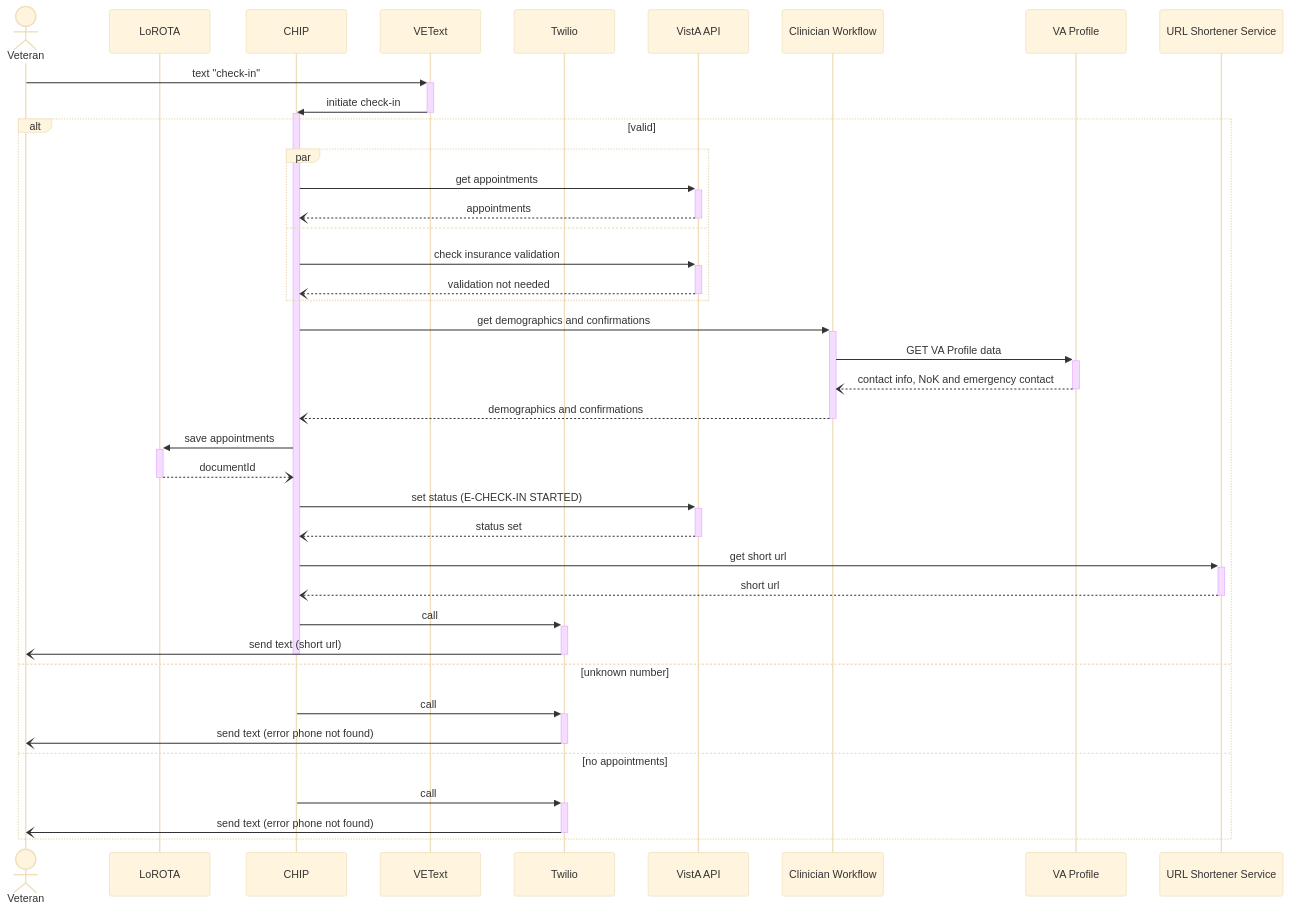
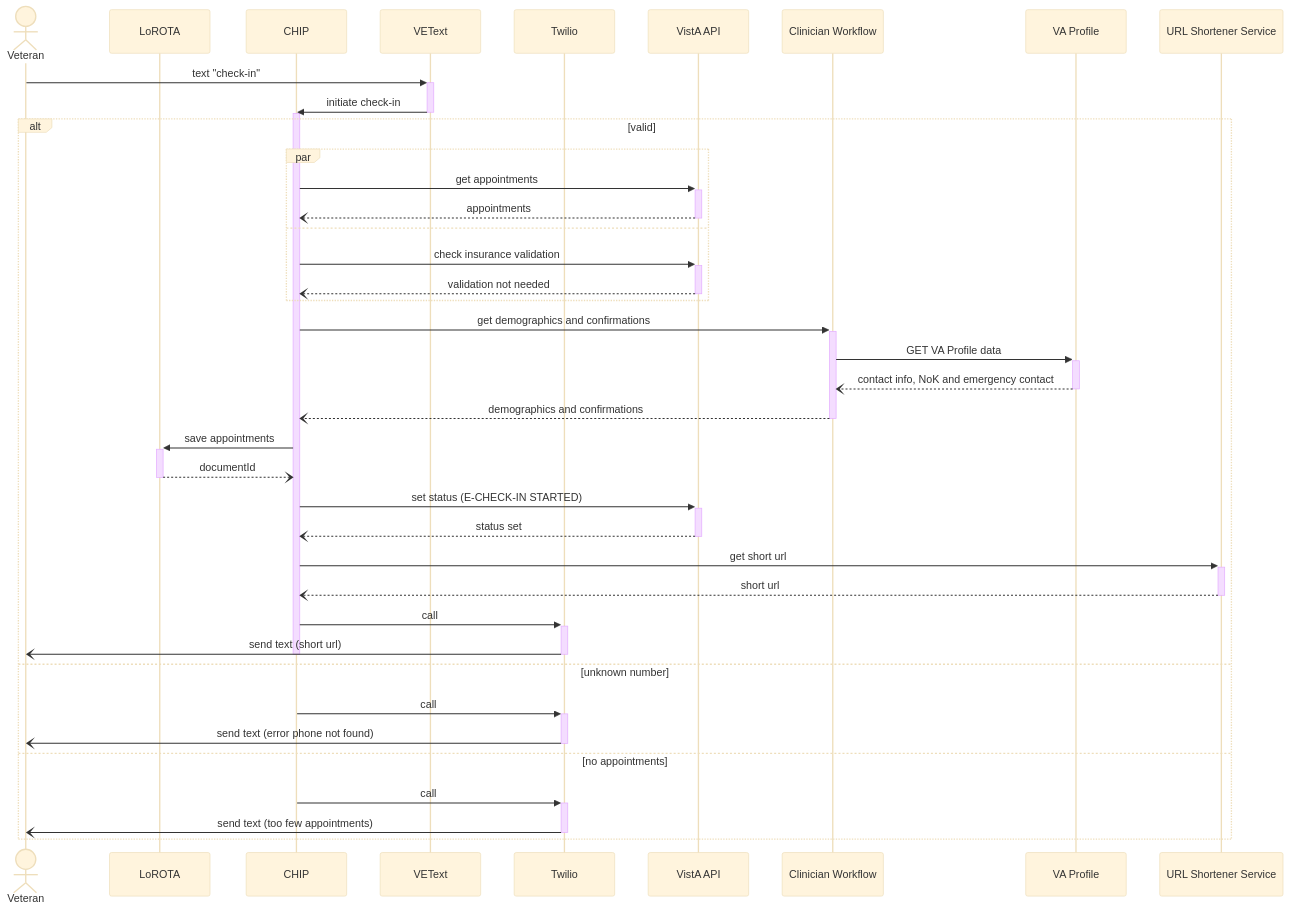
The first of 4 diagrams in products/health-care/checkin/engineering/architecture-diagrams/draft_sequenceDiagram_checkInExp_vaProfile.md (department-of-veterans-affairs/va.gov-team), drawn with Mermaid (base theme) before and after one commit.

Commit message:
update error response in sequence diagram

````diff
--- a/products/health-care/checkin/engineering/architecture-diagrams/draft_sequenceDiagram_checkInExp_vaProfile.md
+++ b/products/health-care/checkin/engineering/architecture-diagrams/draft_sequenceDiagram_checkInExp_vaProfile.md
@@ -7,44 +7,44 @@
 ```mermaid
 sequenceDiagram
     actor vet as Veteran
     participant l as LoROTA
     participant c as CHIP
     participant vt as VEText
     participant t as Twilio
     participant va as VistA API
     participant cw as Clinician Workflow
     participant vp as VA Profile
     participant url as URL Shortener Service
 
     vet->>+vt: text "check-in"
     vt->>-c: initiate check-in
     activate c
     alt valid
       par
         c->>+va: get appointments
         va--)-c: appointments
       and
         c->>+va: check insurance validation
         va--)-c: validation not needed
       end
         c->>+cw: get demographics and confirmations
         cw->>+vp: GET VA Profile data
             vp--)-cw: contact info, NoK and emergency contact
         cw--)-c: demographics and confirmations
         c->>+l: save appointments
         l--)-c: documentId
         c->>+va: set status (E-CHECK-IN STARTED)
         va--)-c: status set
         c->>+url: get short url
         url--)-c: short url
         c->>+t: call
         t-)-vet: send text (short url)
         deactivate c
     else unknown number
         c->>+t: call
         t-)-vet: send text (error phone not found)
     else no appointments
         c->>+t: call
-        t-)-vet: send text (error phone not found)
+        t-)-vet: send text (too few appointments)
     end
 ```
````
